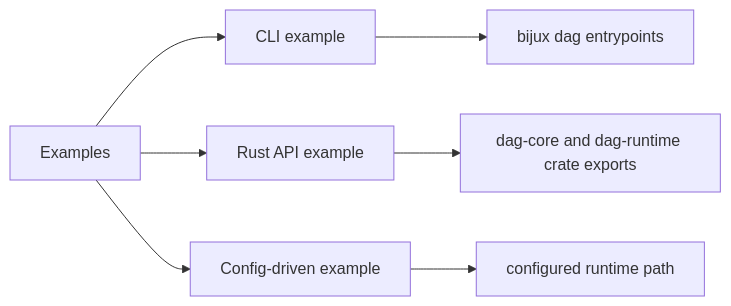
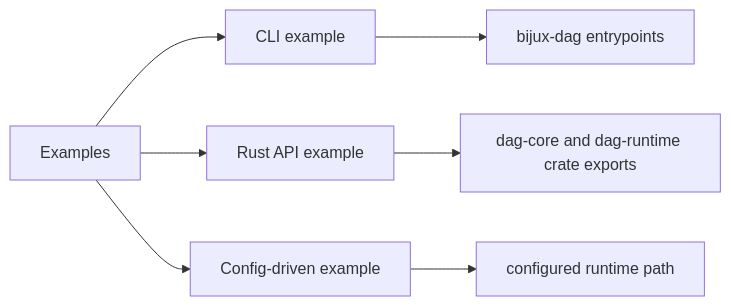
The diagram in docs/bijux-dag/interfaces/entrypoints-and-examples.md (bijux/bijux-cli), drawn with Mermaid before and after one commit. The commit also changed other lines of this file and 12 other files, not shown here.

````diff
--- a/docs/bijux-dag/interfaces/entrypoints-and-examples.md
+++ b/docs/bijux-dag/interfaces/entrypoints-and-examples.md
@@ -16,10 +16,10 @@
 ```mermaid
 flowchart LR
     examples[Examples] --> cli_example[CLI example]
     examples --> rust_example[Rust API example]
     examples --> config_example[Config-driven example]
 
-    cli_example --> cli_entry[bijux dag entrypoints]
+    cli_example --> cli_entry[bijux-dag entrypoints]
     rust_example --> api_entry[dag-core and dag-runtime crate exports]
     config_example --> runtime_path[configured runtime path]
 ```
````
